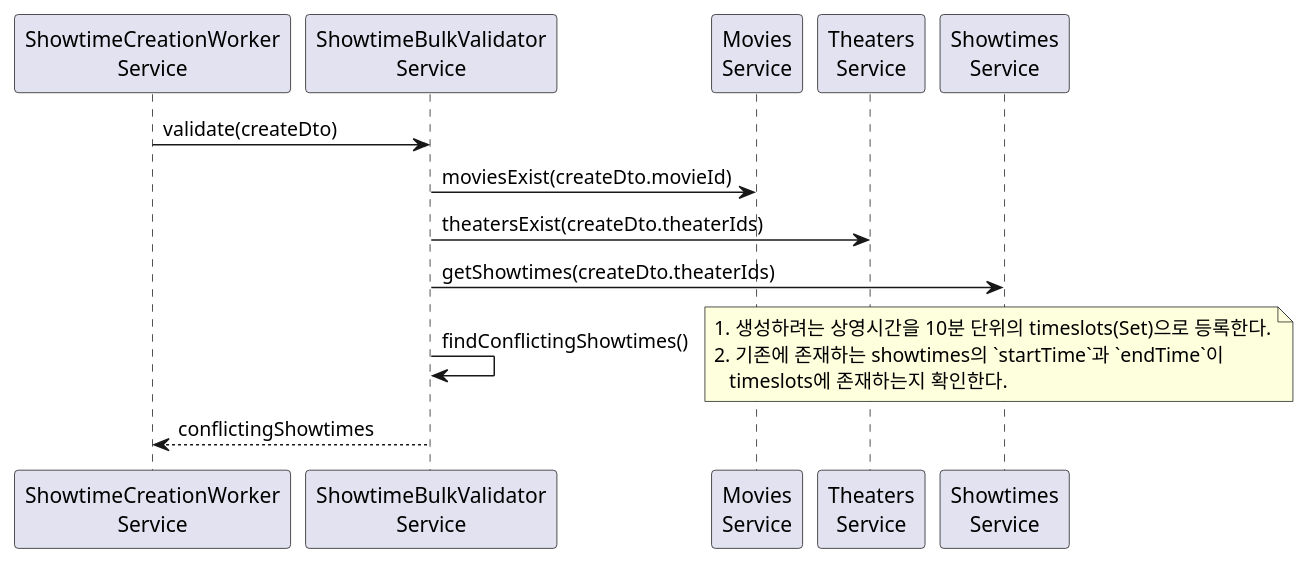
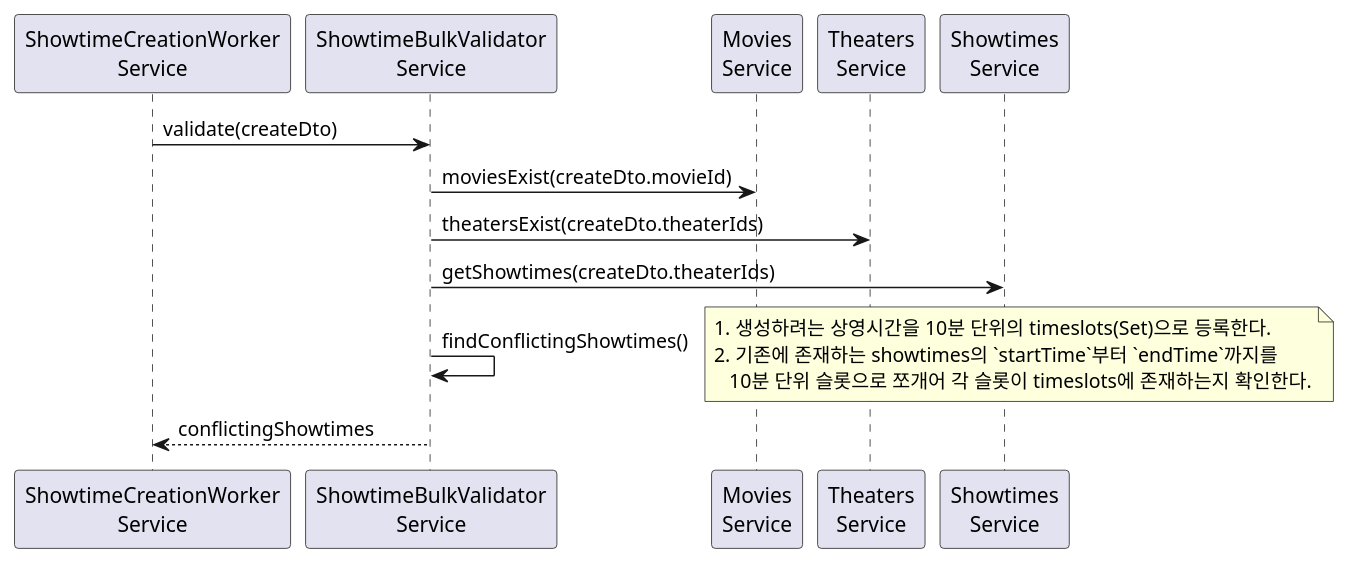
Diagram 11 of 16 in _posts/2025-06-01-backend-design-3.md (mannercode/mannercode.github.io), drawn with PlantUML before and after one commit. The commit also changed other lines of this file and 9 other files, not shown here.

```diff
--- a/_posts/2025-06-01-backend-design-3.md
+++ b/_posts/2025-06-01-backend-design-3.md
@@ -620,21 +620,21 @@
 {% plantuml %}
 @startuml
 participant "ShowtimeCreationWorker\nService" as worker
 participant "ShowtimeBulkValidator\nService" as validator
 participant "Movies\nService" as movies
 participant "Theaters\nService" as theaters
 participant "Showtimes\nService" as showtimes
 
 worker -> validator: validate(createDto)
 validator -> movies: moviesExist(createDto.movieId)
 validator -> theaters: theatersExist(createDto.theaterIds)
 validator -> showtimes: getShowtimes(createDto.theaterIds)
 validator -> validator: findConflictingShowtimes()
 note right
 1. 생성하려는 상영시간을 10분 단위의 timeslots(Set)으로 등록한다.
-2. 기존에 존재하는 showtimes의 `startTime`과 `endTime`이
-   timeslots에 존재하는지 확인한다.
+2. 기존에 존재하는 showtimes의 `startTime`부터 `endTime`까지를
+   10분 단위 슬롯으로 쪼개어 각 슬롯이 timeslots에 존재하는지 확인한다.
 end note
 worker <-- validator: conflictingShowtimes
 @enduml
 {% endplantuml %}
```
